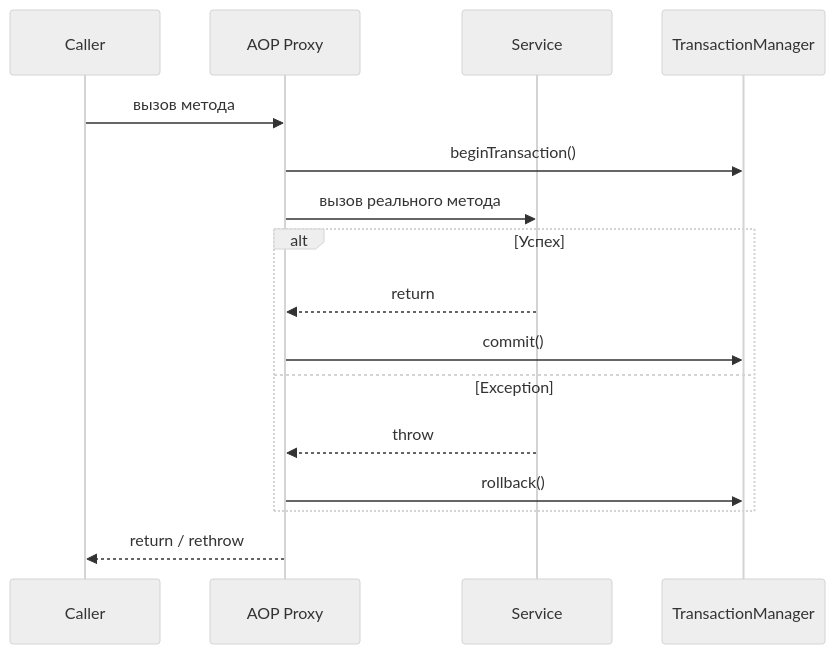
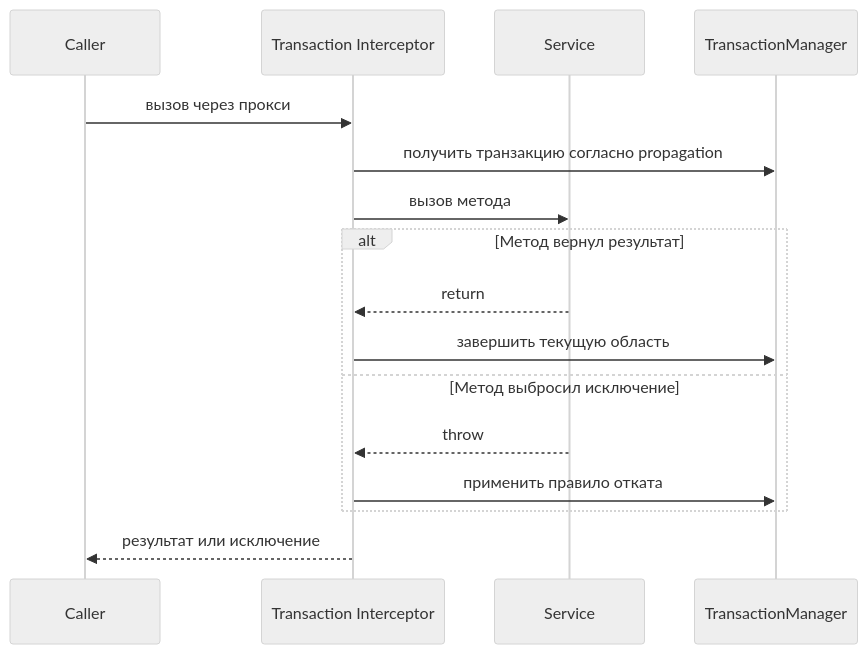
The fifth of 8 diagrams in cheatsheets/interview/databases/database-transactions-interview.md (akeverus/cheat-sheet), drawn with Mermaid (neutral theme) before and after one commit. The commit also changed other lines of this file and 154 other files, not shown here.

````diff
--- a/cheatsheets/interview/databases/database-transactions-interview.md
+++ b/cheatsheets/interview/databases/database-transactions-interview.md
@@ -617,19 +611,19 @@
 ```mermaid
 sequenceDiagram
     participant C as Caller
-    participant P as AOP Proxy
+    participant P as Transaction Interceptor
     participant S as Service
     participant TM as TransactionManager
-    
-    C->>P: вызов метода
-    P->>TM: beginTransaction()
-    P->>S: вызов реального метода
-    alt Успех
+
+    C->>P: вызов через прокси
+    P->>TM: получить транзакцию согласно propagation
+    P->>S: вызов метода
+    alt Метод вернул результат
         S-->>P: return
-        P->>TM: commit()
-    else Exception
+        P->>TM: завершить текущую область
+    else Метод выбросил исключение
         S-->>P: throw
-        P->>TM: rollback()
+        P->>TM: применить правило отката
     end
-    P-->>C: return / rethrow
+    P-->>C: результат или исключение
 ```
````
